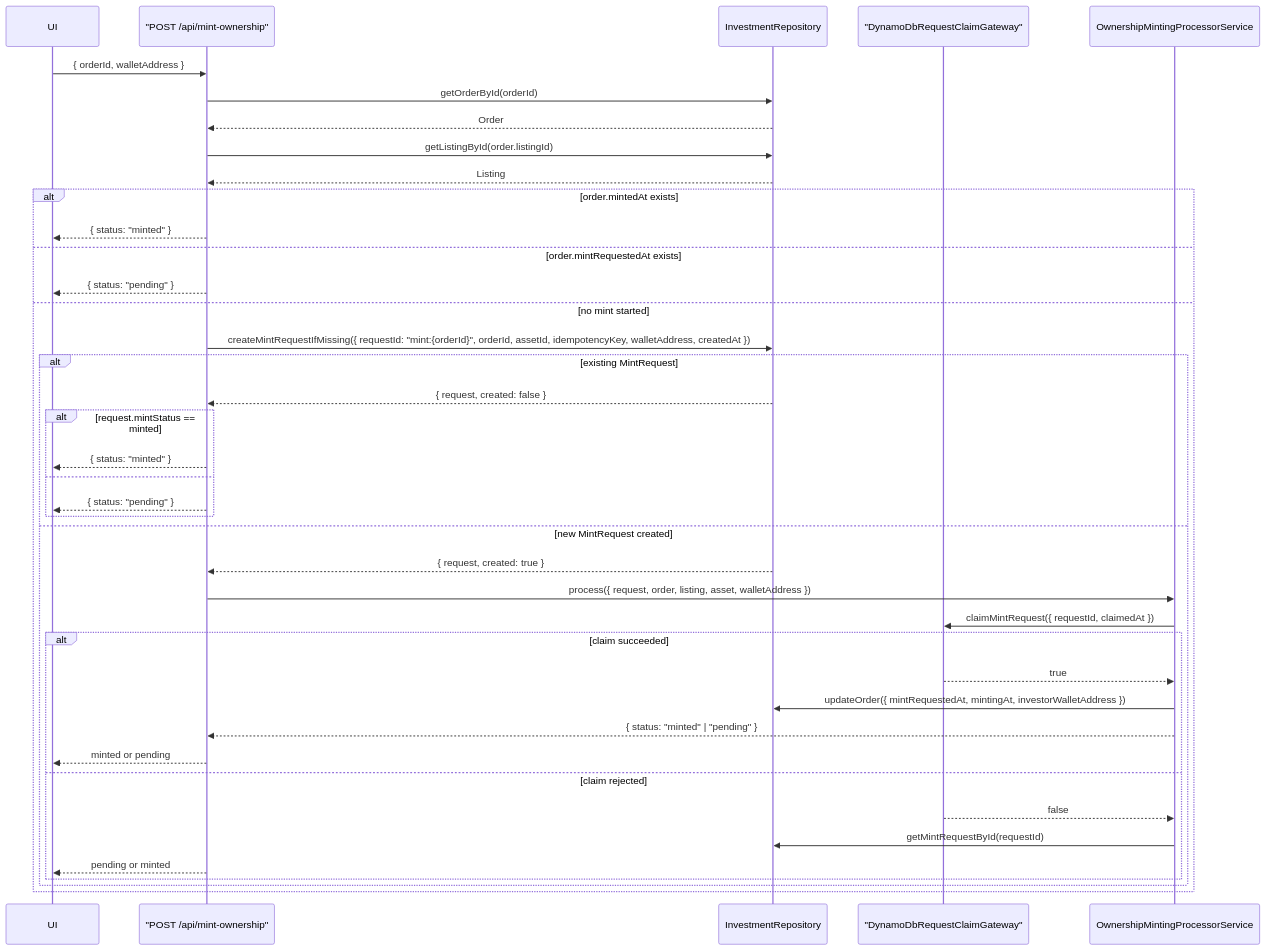
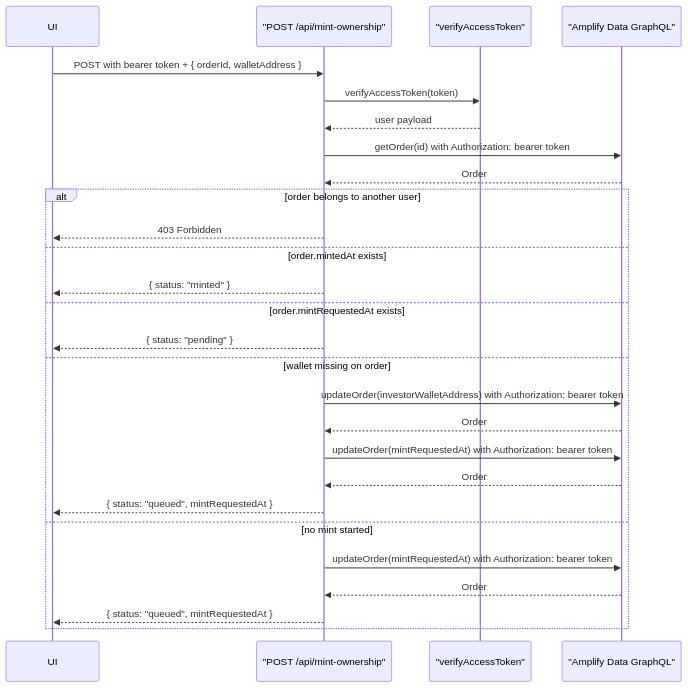
Diagram 16 of 37 in specs/13 - use cases sequence.md (j4nos/cz), drawn with Mermaid before and after one commit. The commit also changed other lines of this file and 11 other files, not shown here.

````diff
--- a/specs/13 - use cases sequence.md
+++ b/specs/13 - use cases sequence.md
@@ -303,43 +303,30 @@
 ```mermaid
 sequenceDiagram
   participant UI
   participant MintOwnershipAPI as "POST /api/mint-ownership"
-  participant InvestmentRepository
-  participant RequestClaimPort as "DynamoDbRequestClaimGateway"
-  participant OwnershipMintingProcessorService
+  participant VerifyToken as "verifyAccessToken"
+  participant AppSyncGraphQL as "Amplify Data GraphQL"
 
-  UI->>MintOwnershipAPI: { orderId, walletAddress }
-  MintOwnershipAPI->>InvestmentRepository: getOrderById(orderId)
-  InvestmentRepository-->>MintOwnershipAPI: Order
-  MintOwnershipAPI->>InvestmentRepository: getListingById(order.listingId)
-  InvestmentRepository-->>MintOwnershipAPI: Listing
-  alt order.mintedAt exists
+  UI->>MintOwnershipAPI: POST with bearer token + { orderId, walletAddress }
+  MintOwnershipAPI->>VerifyToken: verifyAccessToken(token)
+  VerifyToken-->>MintOwnershipAPI: user payload
+  MintOwnershipAPI->>AppSyncGraphQL: getOrder(id) with Authorization: bearer token
+  AppSyncGraphQL-->>MintOwnershipAPI: Order
+  alt order belongs to another user
+    MintOwnershipAPI-->>UI: 403 Forbidden
+  else order.mintedAt exists
     MintOwnershipAPI-->>UI: { status: "minted" }
   else order.mintRequestedAt exists
     MintOwnershipAPI-->>UI: { status: "pending" }
+  else wallet missing on order
+    MintOwnershipAPI->>AppSyncGraphQL: updateOrder(investorWalletAddress) with Authorization: bearer token
+    AppSyncGraphQL-->>MintOwnershipAPI: Order
+    MintOwnershipAPI->>AppSyncGraphQL: updateOrder(mintRequestedAt) with Authorization: bearer token
+    AppSyncGraphQL-->>MintOwnershipAPI: Order
+    MintOwnershipAPI-->>UI: { status: "queued", mintRequestedAt }
   else no mint started
-    MintOwnershipAPI->>InvestmentRepository: createMintRequestIfMissing({ requestId: "mint:{orderId}", orderId, assetId, idempotencyKey, walletAddress, createdAt })
-    alt existing MintRequest
-      InvestmentRepository-->>MintOwnershipAPI: { request, created: false }
-      alt request.mintStatus == minted
-        MintOwnershipAPI-->>UI: { status: "minted" }
-      else
-        MintOwnershipAPI-->>UI: { status: "pending" }
-      end
-    else new MintRequest created
-      InvestmentRepository-->>MintOwnershipAPI: { request, created: true }
-      MintOwnershipAPI->>OwnershipMintingProcessorService: process({ request, order, listing, asset, walletAddress })
-      OwnershipMintingProcessorService->>RequestClaimPort: claimMintRequest({ requestId, claimedAt })
-      alt claim succeeded
-        RequestClaimPort-->>OwnershipMintingProcessorService: true
-        OwnershipMintingProcessorService->>InvestmentRepository: updateOrder({ mintRequestedAt, mintingAt, investorWalletAddress })
-        OwnershipMintingProcessorService-->>MintOwnershipAPI: { status: "minted" | "pending" }
-        MintOwnershipAPI-->>UI: minted or pending
-      else claim rejected
-        RequestClaimPort-->>OwnershipMintingProcessorService: false
-        OwnershipMintingProcessorService->>InvestmentRepository: getMintRequestById(requestId)
-        MintOwnershipAPI-->>UI: pending or minted
-      end
-    end
+    MintOwnershipAPI->>AppSyncGraphQL: updateOrder(mintRequestedAt) with Authorization: bearer token
+    AppSyncGraphQL-->>MintOwnershipAPI: Order
+    MintOwnershipAPI-->>UI: { status: "queued", mintRequestedAt }
   end
 ```
````
